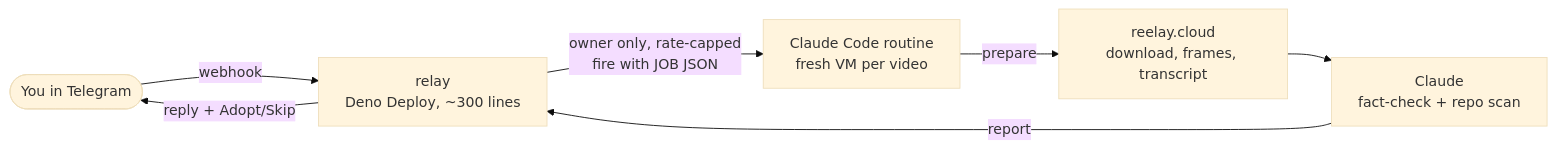
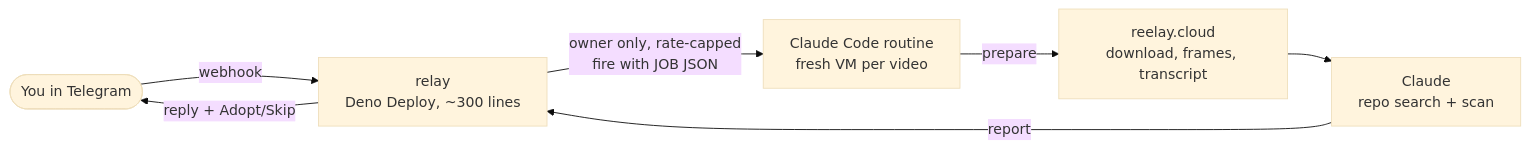
One commit to ksoc51221-dotcom/omnividens changed the diagram in README.md. Above: the diagram before and after it, drawn with Mermaid (base theme). The commit also changed other lines of this file and 4 other files, not shown here.

First line of the commit message:
docs: match the two-message format as shipped; /help no longer promises a fact-check

````diff
--- a/README.md
+++ b/README.md
@@ -19,9 +19,9 @@
 ```mermaid
 flowchart LR
     U([You in Telegram]) -->|webhook| R[relay<br/>Deno Deploy, ~300 lines]
     R -->|owner only, rate-capped<br/>fire with JOB JSON| RT[Claude Code routine<br/>fresh VM per video]
     RT -->|prepare| P[reelay.cloud<br/>download, frames, transcript]
-    P --> C[Claude<br/>fact-check + repo scan]
+    P --> C[Claude<br/>repo search + scan]
     C -->|report| R
     R -->|reply + Adopt/Skip| U
 ```
````
